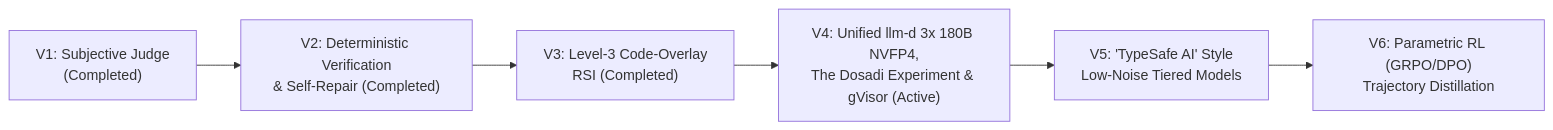
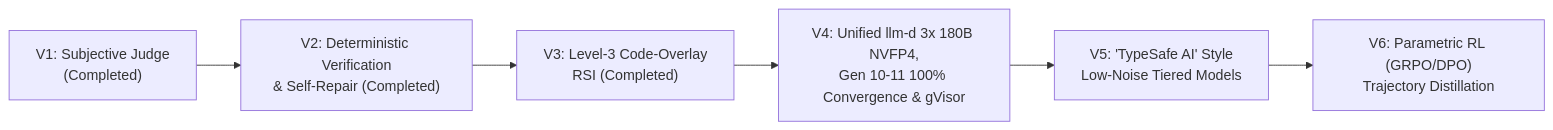
The diagram in README.md (SinaChavoshi/hierarchical-agent-evolution), drawn with Mermaid before and after one commit. The commit also changed other lines of this file and 2 other files, not shown here.

Commit message:
docs(v4): publish Gen 11 10/10 100% convergence results and main-page Unified llm-d spotlight

````diff
--- a/README.md
+++ b/README.md
@@ -45,8 +67,8 @@
 ```mermaid
 flowchart LR
     V1["V1: Subjective Judge<br/>(Completed)"] --> V2["V2: Deterministic Verification<br/>& Self-Repair (Completed)"]
     V2 --> V3["V3: Level-3 Code-Overlay<br/>RSI (Completed)"]
-    V3 --> V4["V4: Unified llm-d 3x 180B NVFP4,<br/>The Dosadi Experiment & gVisor (Active)"]
+    V3 --> V4["V4: Unified llm-d 3x 180B NVFP4,<br/>Gen 10-11 100% Convergence & gVisor"]
     V4 --> V5["V5: 'TypeSafe AI' Style<br/>Low-Noise Tiered Models"]
     V5 --> V6["V6: Parametric RL (GRPO/DPO)<br/>Trajectory Distillation"]
 ```
````
